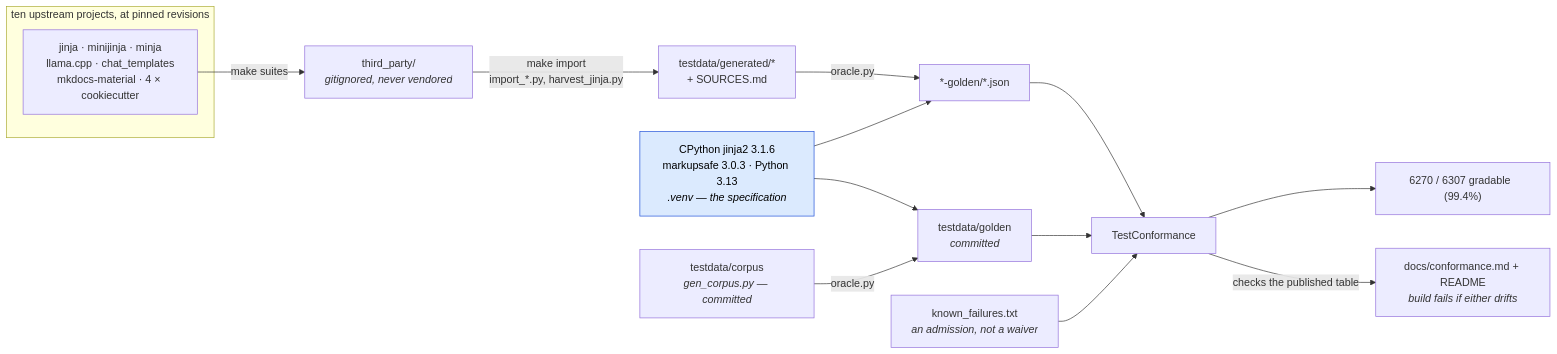
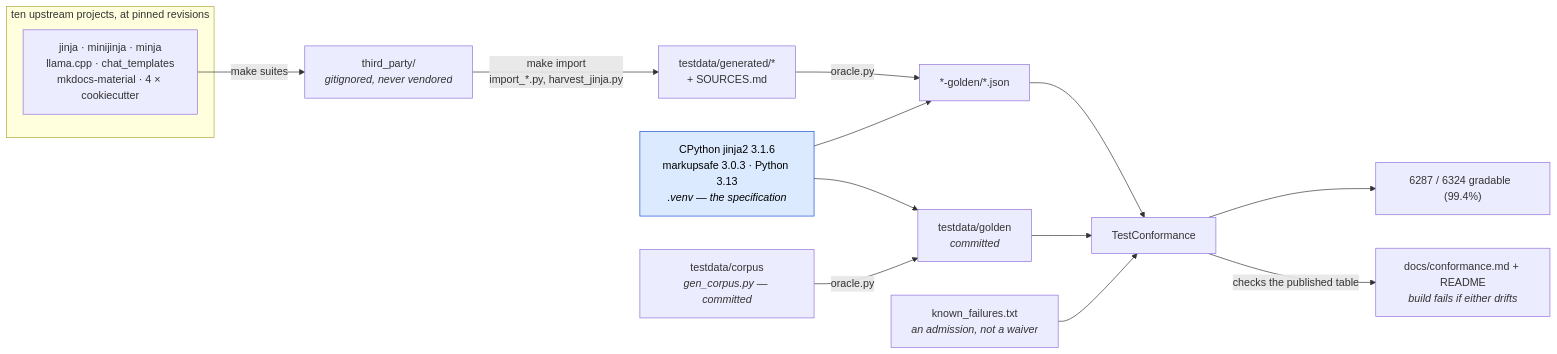
The first of 2 diagrams in docs/conformance.md (mgilbir/gojja2), drawn with Mermaid before and after one commit. The commit also changed other lines of this file and 54 other files, not shown here.

First line of the commit message:
Grade the filter aliases and the sequence filters nothing wrote

````diff
--- a/docs/conformance.md
+++ b/docs/conformance.md
@@ -17,24 +17,24 @@
 ```mermaid
 flowchart LR
     subgraph up["ten upstream projects, at pinned revisions"]
         U1["jinja · minijinja · minja<br/>llama.cpp · chat_templates<br/>mkdocs-material · 4 × cookiecutter"]
     end
     U1 -->|"make suites"| TP["third_party/<br/><i>gitignored, never vendored</i>"]
     TP -->|"make import<br/>import_*.py, harvest_jinja.py"| GEN["testdata/generated/*<br/>+ SOURCES.md"]
 
     ORA["CPython jinja2 3.1.6<br/>markupsafe 3.0.3 · Python 3.13<br/><i>.venv — the specification</i>"]
     GEN -->|"oracle.py"| G2["*-golden/*.json"]
     ORA --> G2
 
     OWN["testdata/corpus<br/><i>gen_corpus.py — committed</i>"] -->|"oracle.py"| G1["testdata/golden<br/><i>committed</i>"]
     ORA --> G1
 
     G1 --> TC["TestConformance"]
     G2 --> TC
     KF["known_failures.txt<br/><i>an admission, not a waiver</i>"] --> TC
-    TC --> RATE["6270 / 6307 gradable  (99.4%)"]
+    TC --> RATE["6287 / 6324 gradable  (99.4%)"]
     TC -->|"checks the published table"| RM["docs/conformance.md + README<br/><i>build fails if either drifts</i>"]
 
     classDef spec fill:#dbeafe,stroke:#1d4ed8,color:#000
     class ORA spec
 ```
````
